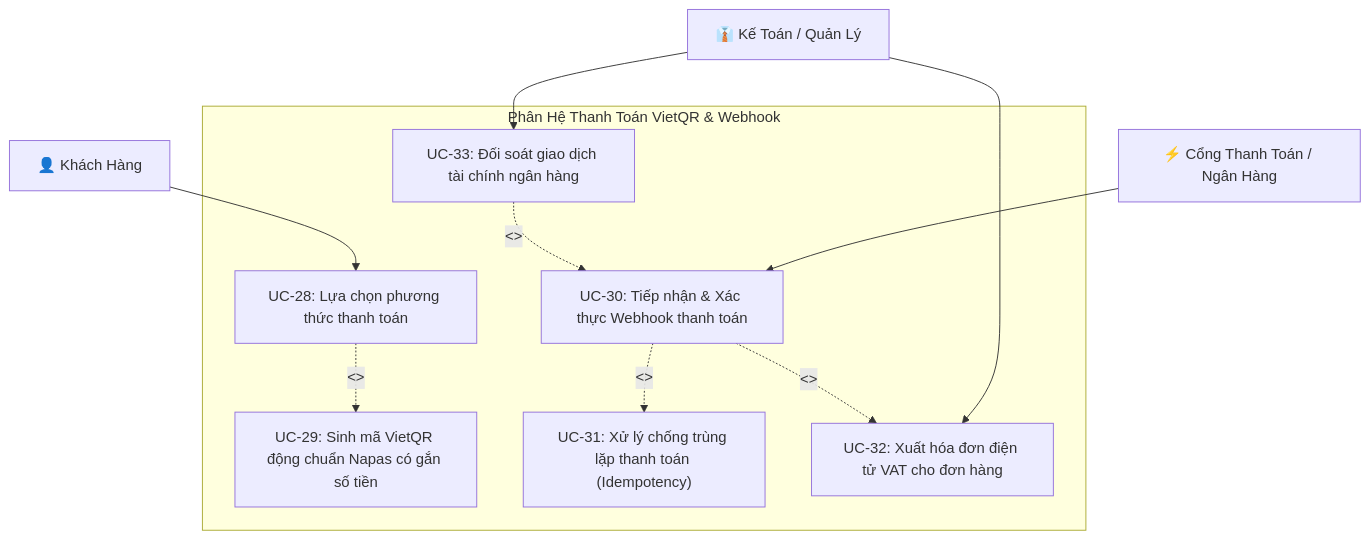
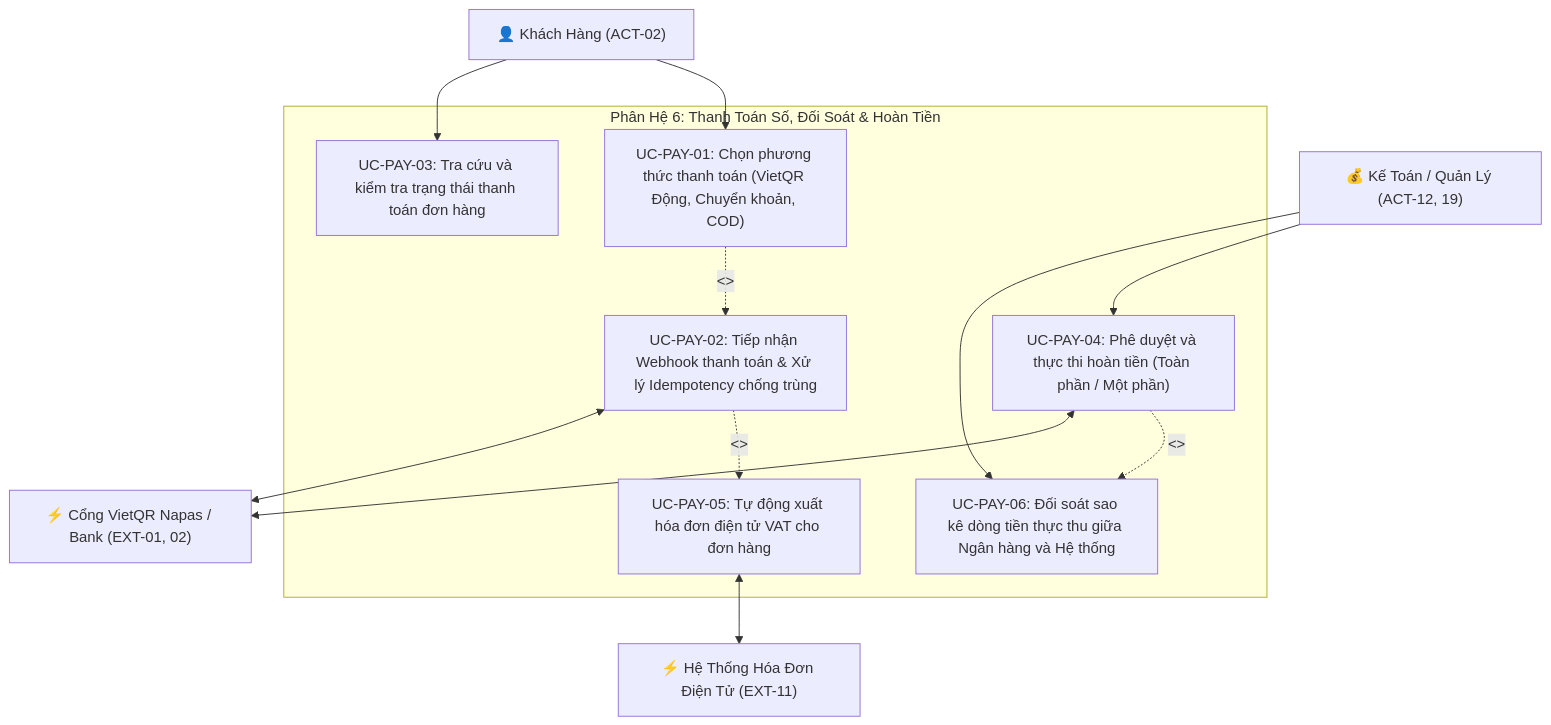
Before and after one commit to hvduong2k5/DUT.PBL6: the eighth of 16 diagrams in docs/01_requirements/use_case_specification.md, drawn with Mermaid. The commit also changed other lines of this file, not shown here.

````diff
--- a/docs/01_requirements/use_case_specification.md
+++ b/docs/01_requirements/use_case_specification.md
@@ -355,25 +567,30 @@
 ```mermaid
 graph TB
-    Customer["👤 Khách Hàng"]
-    BankGW["⚡ Cổng Thanh Toán / Ngân Hàng"]
-    FinanceStaff["👔 Kế Toán / Quản Lý"]
+    Customer["👤 Khách Hàng (ACT-02)"]
+    Finance["💰 Kế Toán / Quản Lý (ACT-12, 19)"]
+    Ext_Pay["⚡ Cổng VietQR Napas / Bank (EXT-01, 02)"]
+    Ext_Tax["⚡ Hệ Thống Hóa Đơn Điện Tử (EXT-11)"]
 
-    subgraph Payment_Subsystem ["Phân Hệ Thanh Toán VietQR & Webhook"]
-        UC28["UC-28: Lựa chọn phương thức thanh toán"]
-        UC29["UC-29: Sinh mã VietQR động chuẩn Napas có gắn số tiền"]
-        UC30["UC-30: Tiếp nhận & Xác thực Webhook thanh toán"]
-        UC31["UC-31: Xử lý chống trùng lặp thanh toán (Idempotency)"]
-        UC32["UC-32: Xuất hóa đơn điện tử VAT cho đơn hàng"]
-        UC33["UC-33: Đối soát giao dịch tài chính ngân hàng"]
+    subgraph Subsystem_Payment ["Phân Hệ 6: Thanh Toán Số, Đối Soát & Hoàn Tiền"]
+        UC_PAY_01["UC-PAY-01: Chọn phương thức thanh toán (VietQR Động, Chuyển khoản, COD)"]
+        UC_PAY_02["UC-PAY-02: Tiếp nhận Webhook thanh toán & Xử lý Idempotency chống trùng"]
+        UC_PAY_03["UC-PAY-03: Tra cứu và kiểm tra trạng thái thanh toán đơn hàng"]
+        UC_PAY_04["UC-PAY-04: Phê duyệt và thực thi hoàn tiền (Toàn phần / Một phần)"]
+        UC_PAY_05["UC-PAY-05: Tự động xuất hóa đơn điện tử VAT cho đơn hàng"]
+        UC_PAY_06["UC-PAY-06: Đối soát sao kê dòng tiền thực thu giữa Ngân hàng và Hệ thống"]
 
-        UC28 -. "<<include>>" .-> UC29
-        UC30 -. "<<include>>" .-> UC31
-        UC30 -. "<<include>>" .-> UC32
-        UC33 -. "<<extend>>" .-> UC30
+        UC_PAY_01 -. "<<include>>" .-> UC_PAY_02
+        UC_PAY_02 -. "<<extend>>" .-> UC_PAY_05
+        UC_PAY_04 -. "<<include>>" .-> UC_PAY_06
     end
 
-    Customer --> UC28
-    BankGW --> UC30
-    FinanceStaff --> UC33
-    FinanceStaff --> UC32
+    Customer --> UC_PAY_01
+    Customer --> UC_PAY_03
+
+    Finance --> UC_PAY_04
+    Finance --> UC_PAY_06
+
+    UC_PAY_02 <--> Ext_Pay
+    UC_PAY_04 <--> Ext_Pay
+    UC_PAY_05 <--> Ext_Tax
 ```
````
